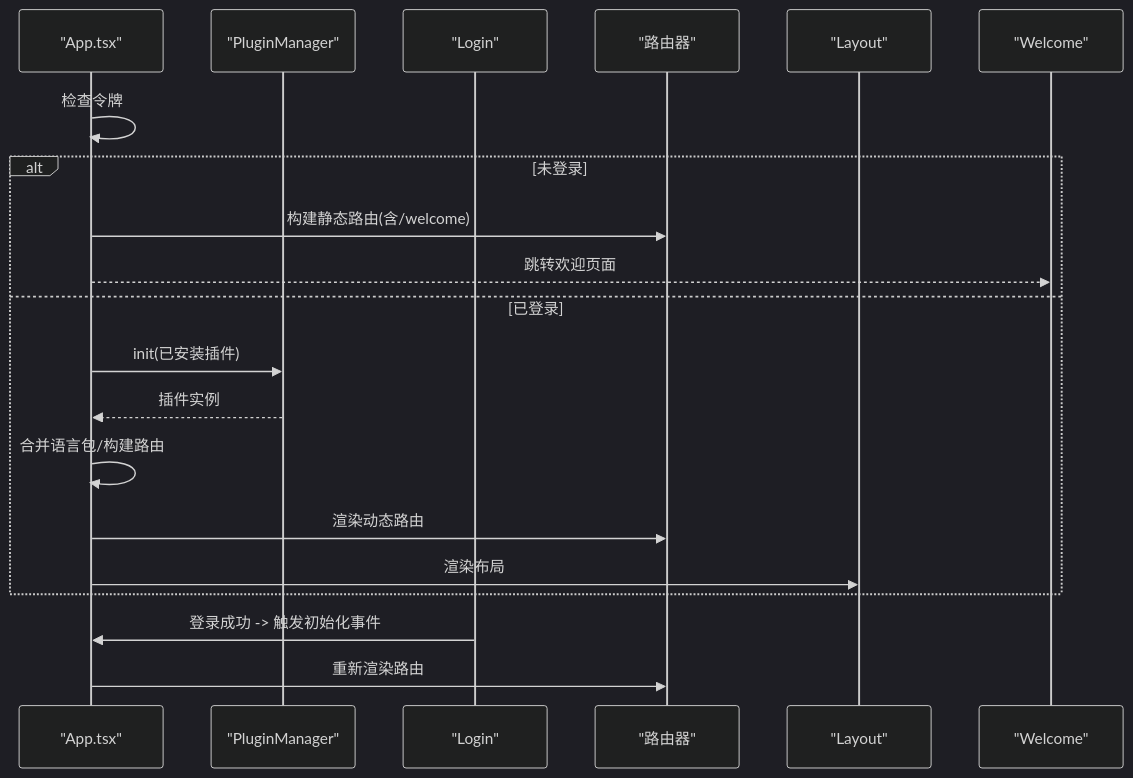
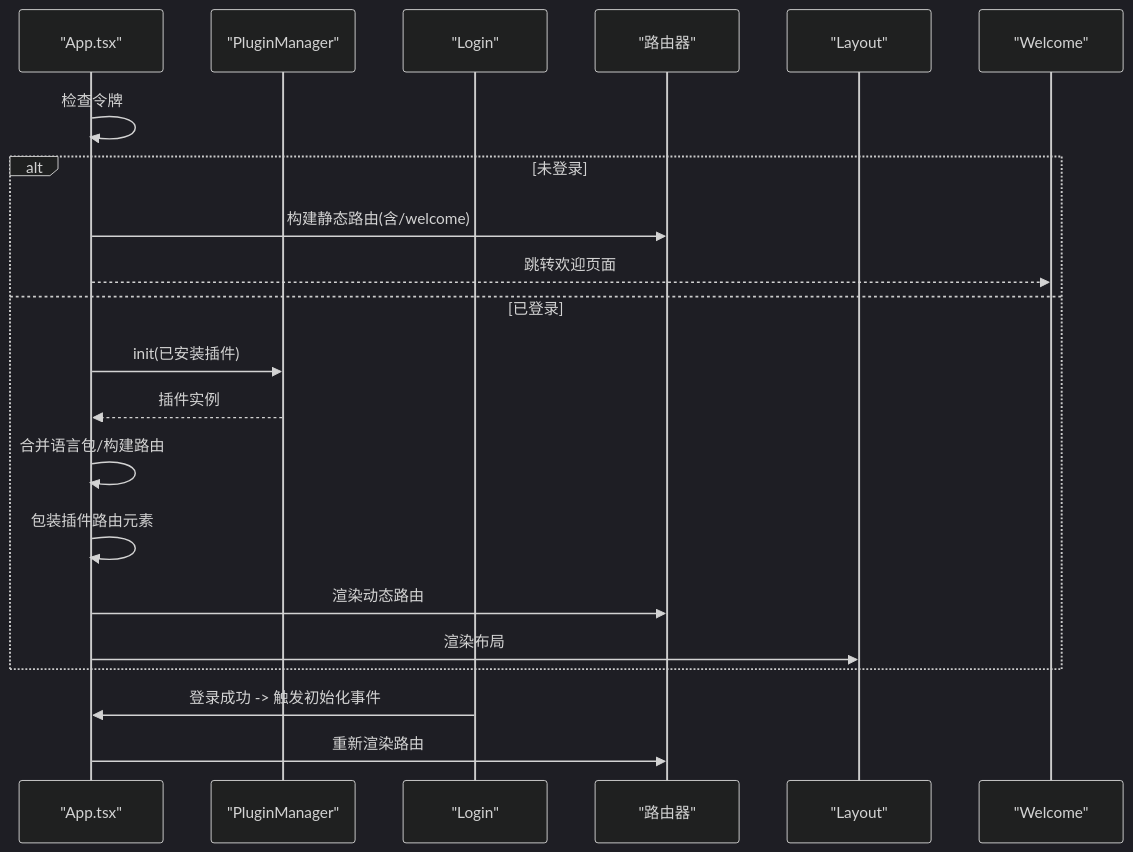
The tenth of 11 diagrams in .qoder/repowiki/zh/content/核心模块/应用主组件.md (LRF0422/Kotion), drawn with Mermaid (dark theme) before and after one commit. The commit also changed other lines of this file and 14 other files, not shown here.

````diff
--- a/.qoder/repowiki/zh/content/核心模块/应用主组件.md
+++ b/.qoder/repowiki/zh/content/核心模块/应用主组件.md
@@ -361,22 +458,23 @@
 ```mermaid
 sequenceDiagram
 participant App as "App.tsx"
 participant PM as "PluginManager"
 participant Auth as "Login"
 participant R as "路由器"
 participant L as "Layout"
 participant W as "Welcome"
 App->>App : 检查令牌
 alt 未登录
 App->>R : 构建静态路由(含/welcome)
 App-->>W : 跳转欢迎页面
 else 已登录
 App->>PM : init(已安装插件)
 PM-->>App : 插件实例
 App->>App : 合并语言包/构建路由
+App->>App : 包装插件路由元素
 App->>R : 渲染动态路由
 App->>L : 渲染布局
 end
 Auth->>App : 登录成功 -> 触发初始化事件
 App->>R : 重新渲染路由
 ```
````
